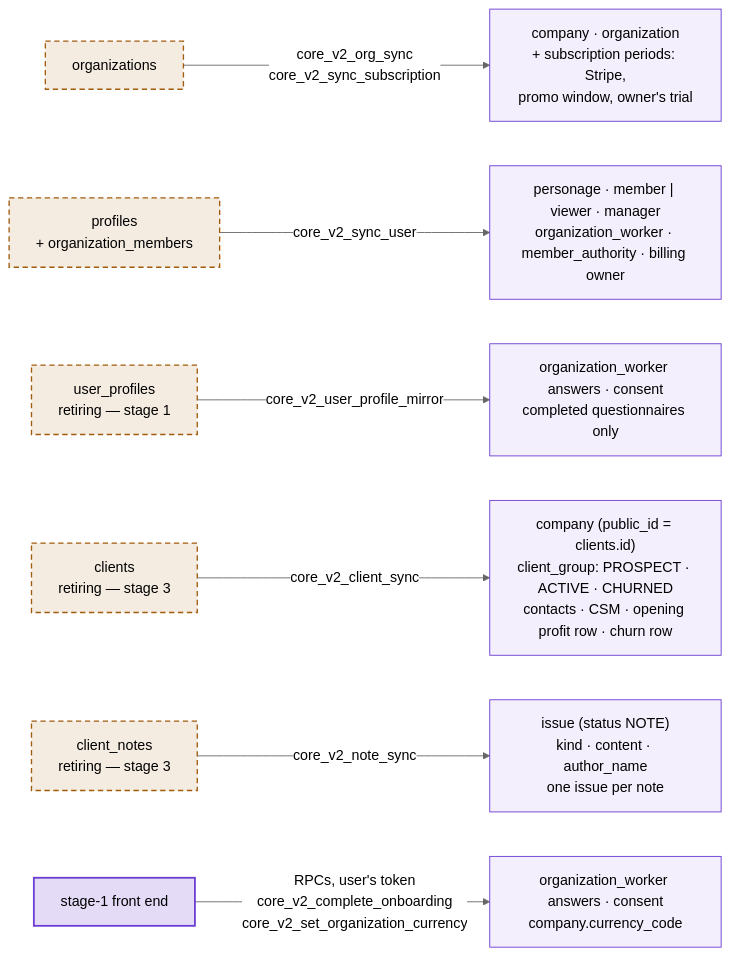
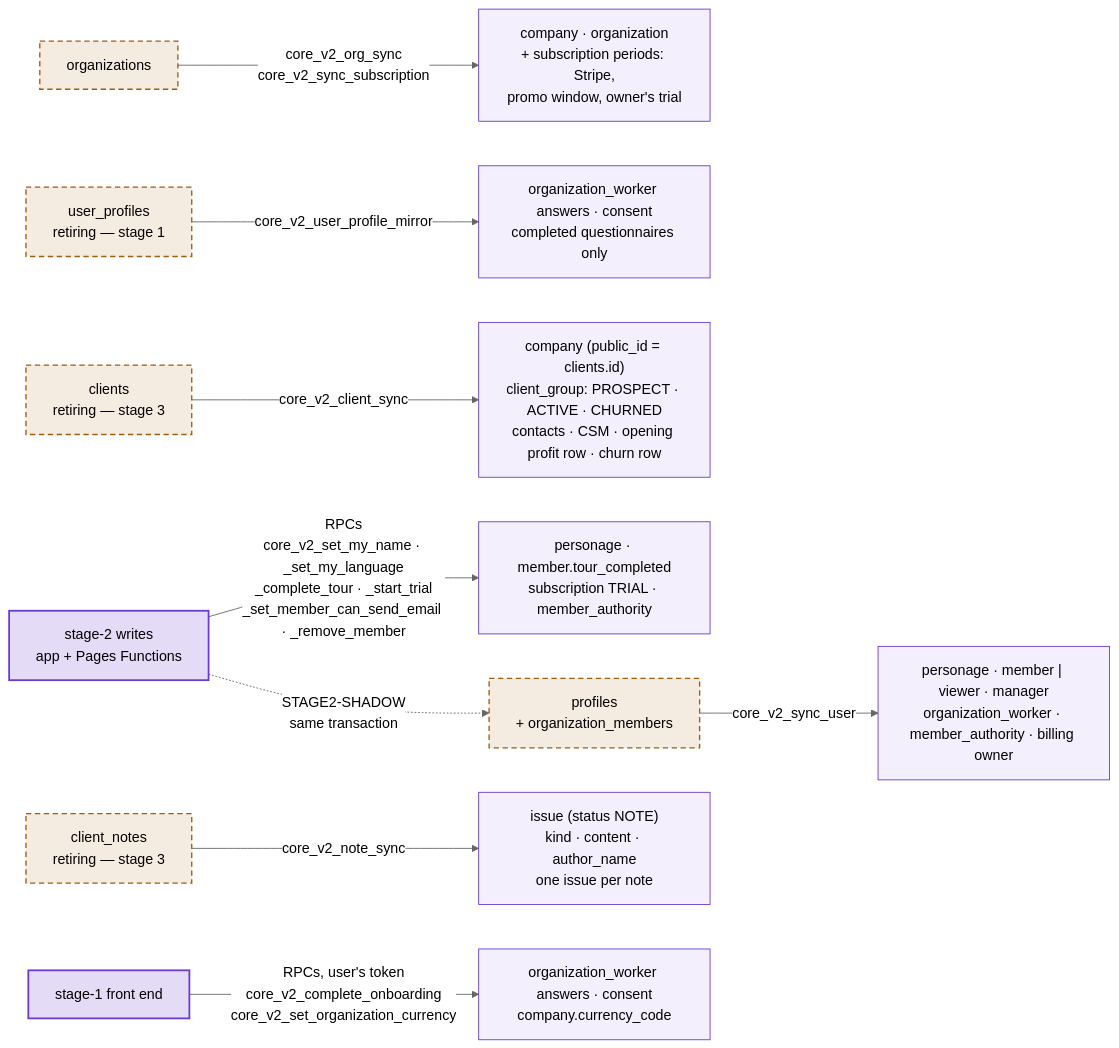
One commit to modeun92/scalyo_new changed the fifth of 9 diagrams in docs/DATABASE_DIAGRAM_CORE_V2.md. Above: the diagram before and after it, drawn with Mermaid (neutral theme). The commit also changed other lines of this file and 12 other files, not shown here.

First line of the commit message:
docs: stage 2, seat ceiling, job status, subscription follow-ups, chat, i18n gate

````diff
--- a/docs/DATABASE_DIAGRAM_CORE_V2.md
+++ b/docs/DATABASE_DIAGRAM_CORE_V2.md
@@ -278,12 +281,14 @@
 ```mermaid
 flowchart LR
   classDef old fill:#A15C0E1F,stroke:#A15C0E,stroke-width:1.5px,stroke-dasharray:6 4;
   classDef v2 fill:#6A3BD214,stroke:#6A3BD2,stroke-width:1px;
   classDef fe fill:#6A3BD22E,stroke:#6A3BD2,stroke-width:2px;
   O["organizations"]:::old -- "core_v2_org_sync<br/>core_v2_sync_subscription" --> O2["company · organization<br/>+ subscription periods: Stripe,<br/>promo window, owner's trial"]:::v2
   P["profiles<br/>+ organization_members"]:::old -- "core_v2_sync_user" --> P2["personage · member | viewer · manager<br/>organization_worker · member_authority · billing owner"]:::v2
   U["user_profiles<br/>retiring — stage 1"]:::old -- "core_v2_user_profile_mirror" --> U2["organization_worker answers · consent<br/>completed questionnaires only"]:::v2
   C["clients<br/>retiring — stage 3"]:::old -- "core_v2_client_sync" --> C2["company (public_id = clients.id)<br/>client_group: PROSPECT · ACTIVE · CHURNED<br/>contacts · CSM · opening profit row · churn row"]:::v2
   N["client_notes<br/>retiring — stage 3"]:::old -- "core_v2_note_sync" --> N2["issue (status NOTE)<br/>kind · content · author_name<br/>one issue per note"]:::v2
   F["stage-1 front end"]:::fe -- "RPCs, user's token<br/>core_v2_complete_onboarding<br/>core_v2_set_organization_currency" --> F2["organization_worker answers · consent<br/>company.currency_code"]:::v2
+  W["stage-2 writes<br/>app + Pages Functions"]:::fe -- "RPCs<br/>core_v2_set_my_name · _set_my_language<br/>_complete_tour · _start_trial<br/>_set_member_can_send_email · _remove_member" --> W2["personage · member.tour_completed<br/>subscription TRIAL · member_authority"]:::v2
+  W -. "STAGE2-SHADOW<br/>same transaction" .-> P
 ```
````
